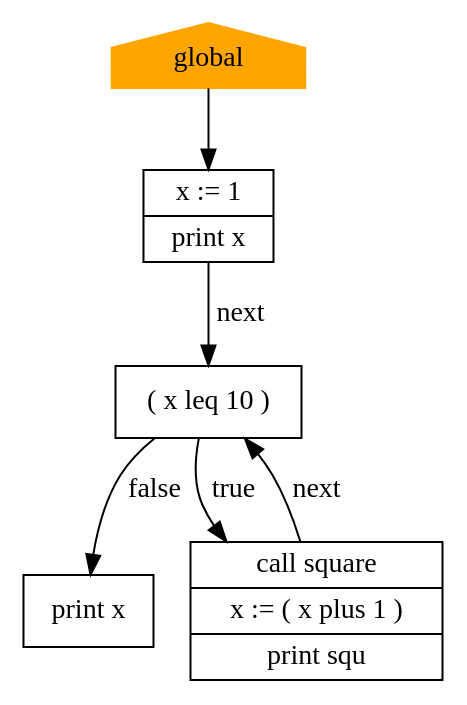
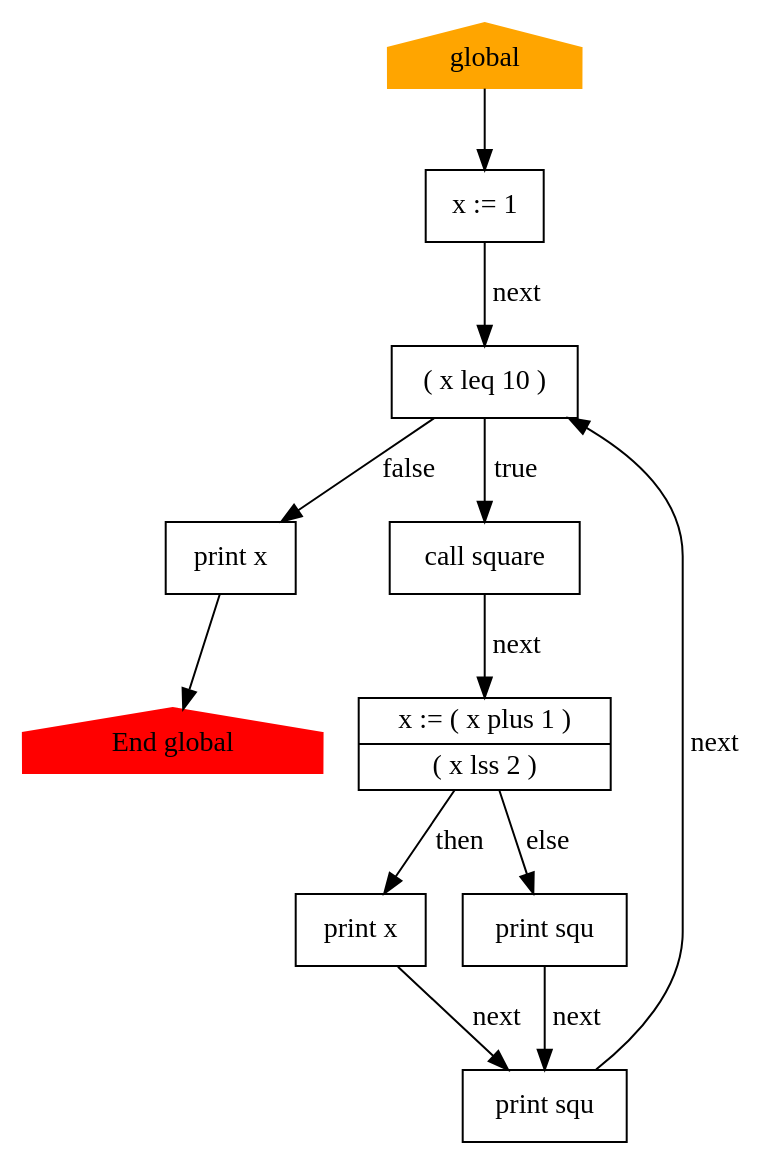
One commit to AloveIs/COT_lab changed the diagram in globalCFG.gv. Above: the diagram before and after it, drawn with Graphviz. The commit also changed 15 other files, not shown here.

```diff
--- a/globalCFG.gv
+++ b/globalCFG.gv
@@ -1,12 +1,23 @@
 digraph globalCFG {
-	140625531352864 [label=global color=orange shape=house style=filled]
-	140625531352864 -> 140625506568144
-	140625506568144 [label="{x := 1|print x}" shape=record]
-	140625506110288 [label="{( x leq 10 )}" shape=record]
-	140625506110352 [label="{print x}" shape=record]
-	140625506110288 -> 140625506110352 [label=false]
-	140625506110224 [label="{call square|x := ( x plus 1 )|print squ}" shape=record]
-	140625506110224 -> 140625506110288 [label=next]
-	140625506110288 -> 140625506110224 [label=true]
-	140625506568144 -> 140625506110288 [label=next]
+	140700660492064 [label=global color=orange shape=house style=filled]
+	0 [label="End global" color=red shape=house style=filled]
+	140700660492064 -> 140700635486288
+	140700635486288 [label="{x := 1}" shape=record]
+	140700635512464 [label="{( x leq 10 )}" shape=record]
+	140700635512528 [label="{print x}" shape=record]
+	140700635512528 -> 0
+	140700635512464 -> 140700635512528 [label=false]
+	140700635512592 [label="{call square}" shape=record]
+	140700635512720 [label="{x := ( x plus 1 )|( x lss 2 )}" shape=record]
+	140700635558032 [label="{print x}" shape=record]
+	140700635557968 [label="{print squ}" shape=record]
+	140700635557968 -> 140700635512464 [label=next]
+	140700635558032 -> 140700635557968 [label=next]
+	140700635512720 -> 140700635558032 [label=then]
+	140700635558096 [label="{print squ}" shape=record]
+	140700635558096 -> 140700635557968 [label=next]
+	140700635512720 -> 140700635558096 [label=else]
+	140700635512592 -> 140700635512720 [label=next]
+	140700635512464 -> 140700635512592 [label=true]
+	140700635486288 -> 140700635512464 [label=next]
 }
```
